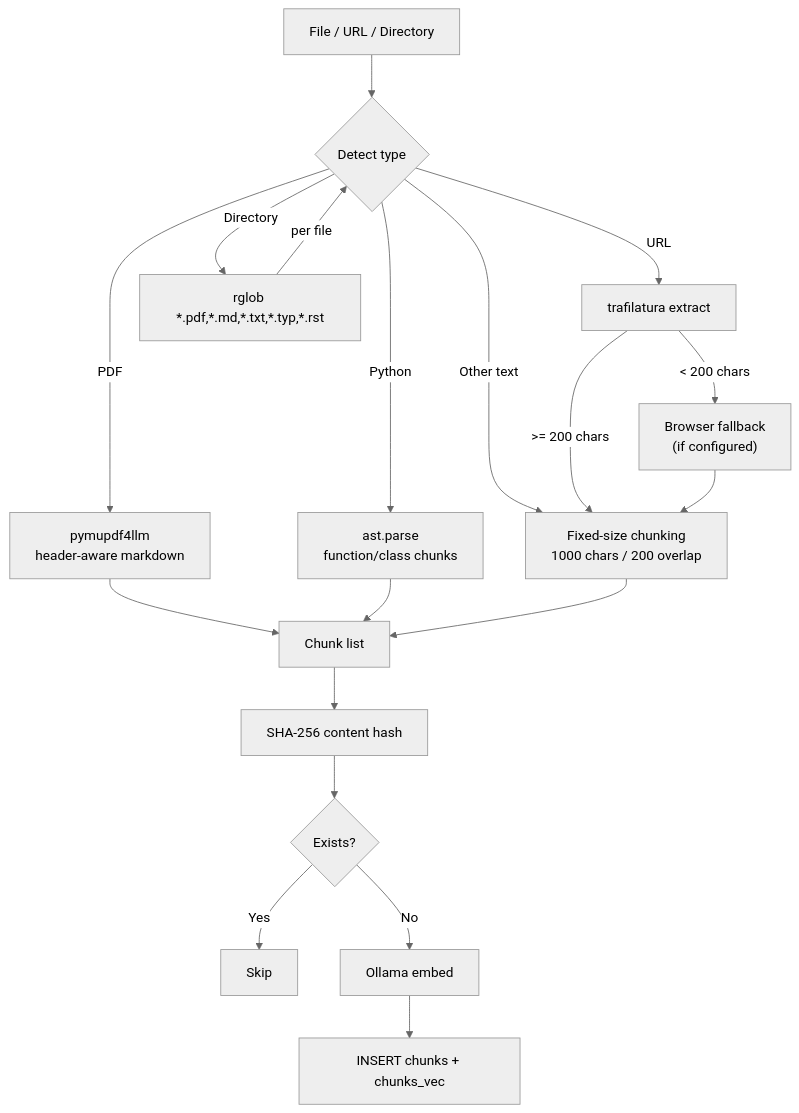
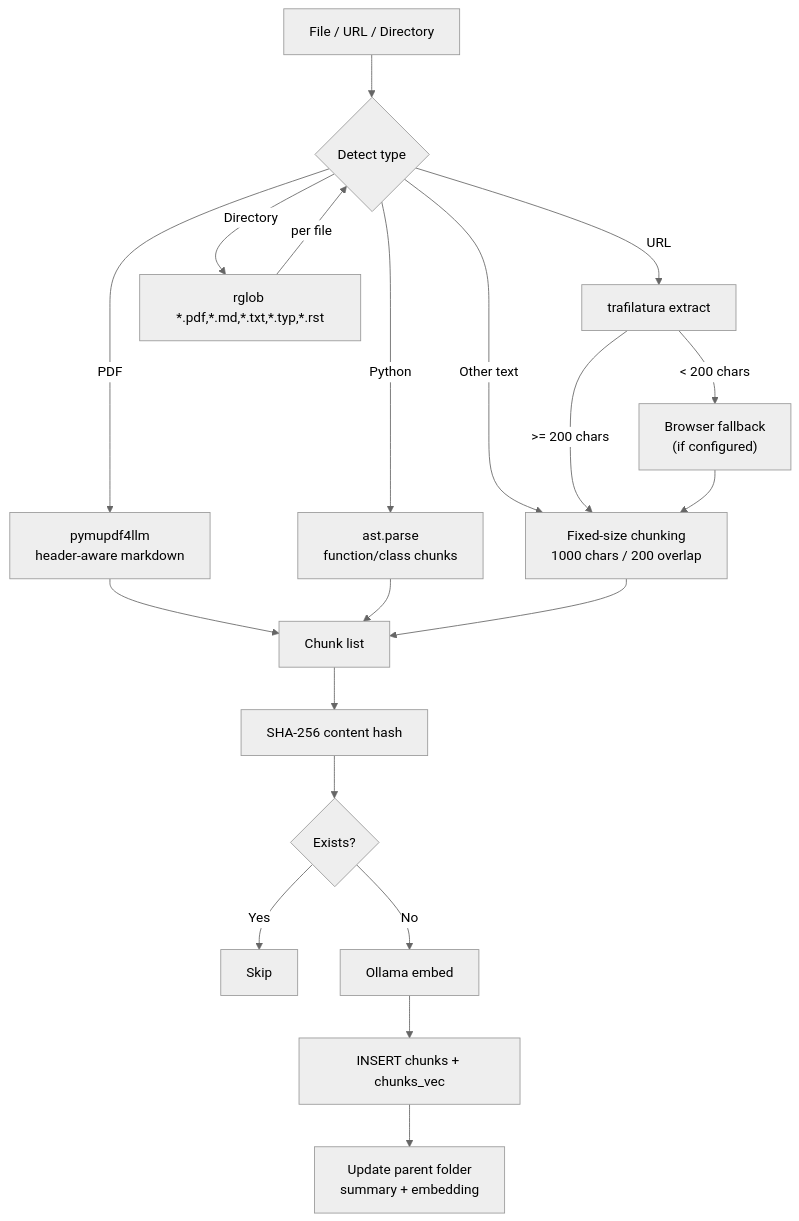
The second of 4 diagrams in docs/design/architecture-overview.md (dutiona/knowledge-base), drawn with Mermaid (neutral theme) before and after one commit. The commit also changed other lines of this file and 16 other files, not shown here.

````diff
--- a/docs/design/architecture-overview.md
+++ b/docs/design/architecture-overview.md
@@ -65,24 +70,25 @@
 ```{mermaid}
 flowchart TD
     Input["File / URL / Directory"] --> Detect{"Detect type"}
     Detect -->|PDF| PyMuPDF4LLM["pymupdf4llm<br/>header-aware markdown"]
     Detect -->|Python| AST["ast.parse<br/>function/class chunks"]
     Detect -->|Other text| Fixed["Fixed-size chunking<br/>1000 chars / 200 overlap"]
     Detect -->|URL| Trafilatura["trafilatura extract"]
     Detect -->|Directory| Walk["rglob *.pdf,*.md,*.txt,*.typ,*.rst"]
 
     Trafilatura -->|< 200 chars| Browser["Browser fallback<br/>(if configured)"]
     Trafilatura -->|>= 200 chars| Fixed
     Browser --> Fixed
 
     PyMuPDF4LLM --> Chunks["Chunk list"]
     AST --> Chunks
     Fixed --> Chunks
     Walk -->|per file| Detect
 
     Chunks --> Hash["SHA-256 content hash"]
     Hash --> Dedup{"Exists?"}
     Dedup -->|Yes| Skip["Skip"]
     Dedup -->|No| Embed["Ollama embed"]
     Embed --> Store["INSERT chunks + chunks_vec"]
+    Store --> FolderUp["Update parent folder<br/>summary + embedding"]
 ```
````
